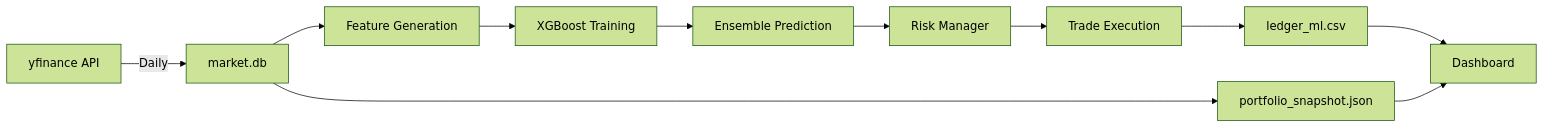
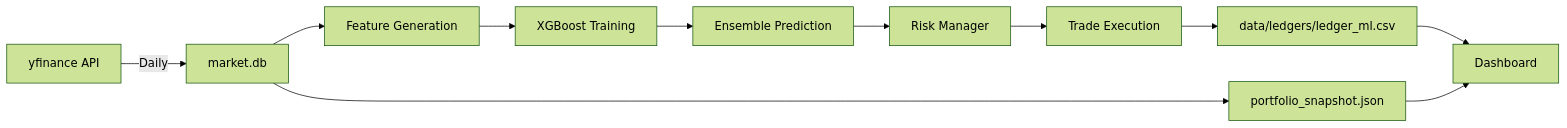
One commit to PAT0216/paper-trader changed the third of 3 diagrams in docs/ML_STRATEGY.md. Above: the diagram before and after it, drawn with Mermaid (forest theme). The commit also changed other lines of this file and 3 other files, not shown here.

````diff
--- a/docs/ML_STRATEGY.md
+++ b/docs/ML_STRATEGY.md
@@ -290,13 +290,13 @@
 ```mermaid
 flowchart LR
     A[yfinance API] -->|Daily| B[market.db]
     B --> C[Feature Generation]
     C --> D[XGBoost Training]
     D --> E[Ensemble Prediction]
     E --> F[Risk Manager]
     F --> G[Trade Execution]
-    G --> H[ledger_ml.csv]
+    G --> H[data/ledgers/ledger_ml.csv]
     H --> I[Dashboard]
     B --> J[portfolio_snapshot.json]
     J --> I
 ```
````
